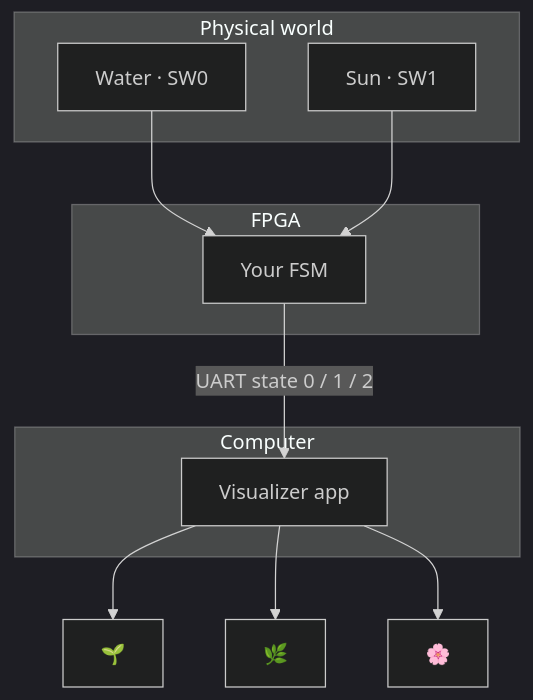
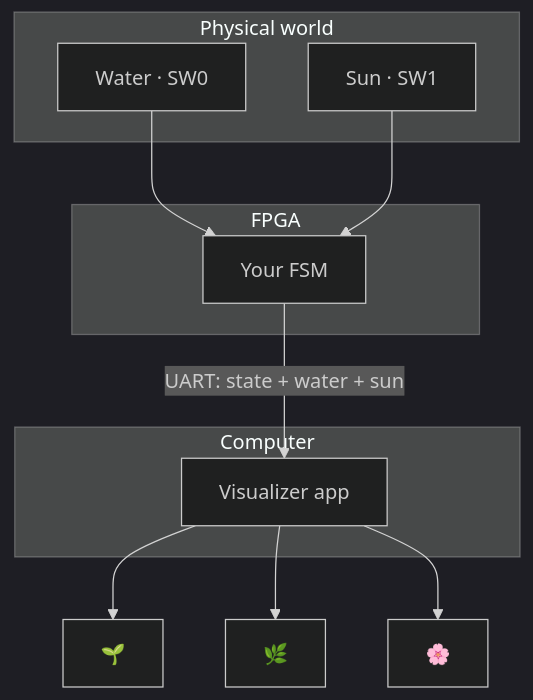
Before and after one commit to merkeljordan/bloom-lab: diagram 16 of 22 in docs/student-lab-manual.md, drawn with Mermaid (dark theme). The commit also changed other lines of this file and 4 other files, not shown here.

Commit message:
Send water and sun over UART from both levels; show them in the visualizer

````diff
--- a/docs/student-lab-manual.md
+++ b/docs/student-lab-manual.md
@@ -725,19 +725,19 @@
 ```mermaid
 flowchart TB
   subgraph physical["Physical world"]
     W[Water · SW0]
     S[Sun · SW1]
   end
   subgraph chip["FPGA"]
     FSM[Your FSM]
   end
   subgraph pc["Computer"]
     APP[Visualizer app]
   end
   W --> FSM
   S --> FSM
-  FSM -->|"UART state 0 / 1 / 2"| APP
+  FSM -->|"UART: state + water + sun"| APP
   APP --> F0[🌱]
   APP --> F1[🌿]
   APP --> F2[🌸]
 ```
````
